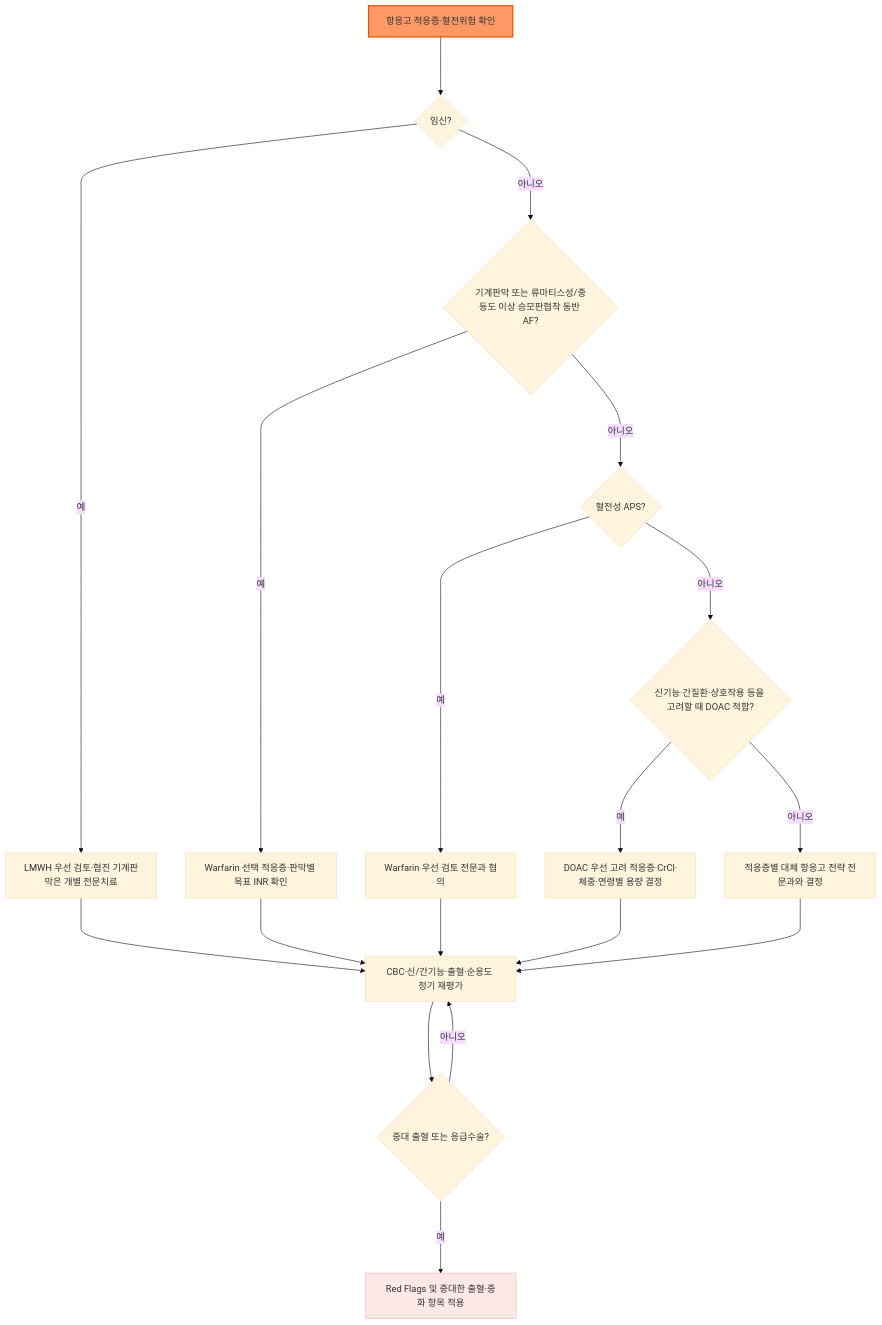
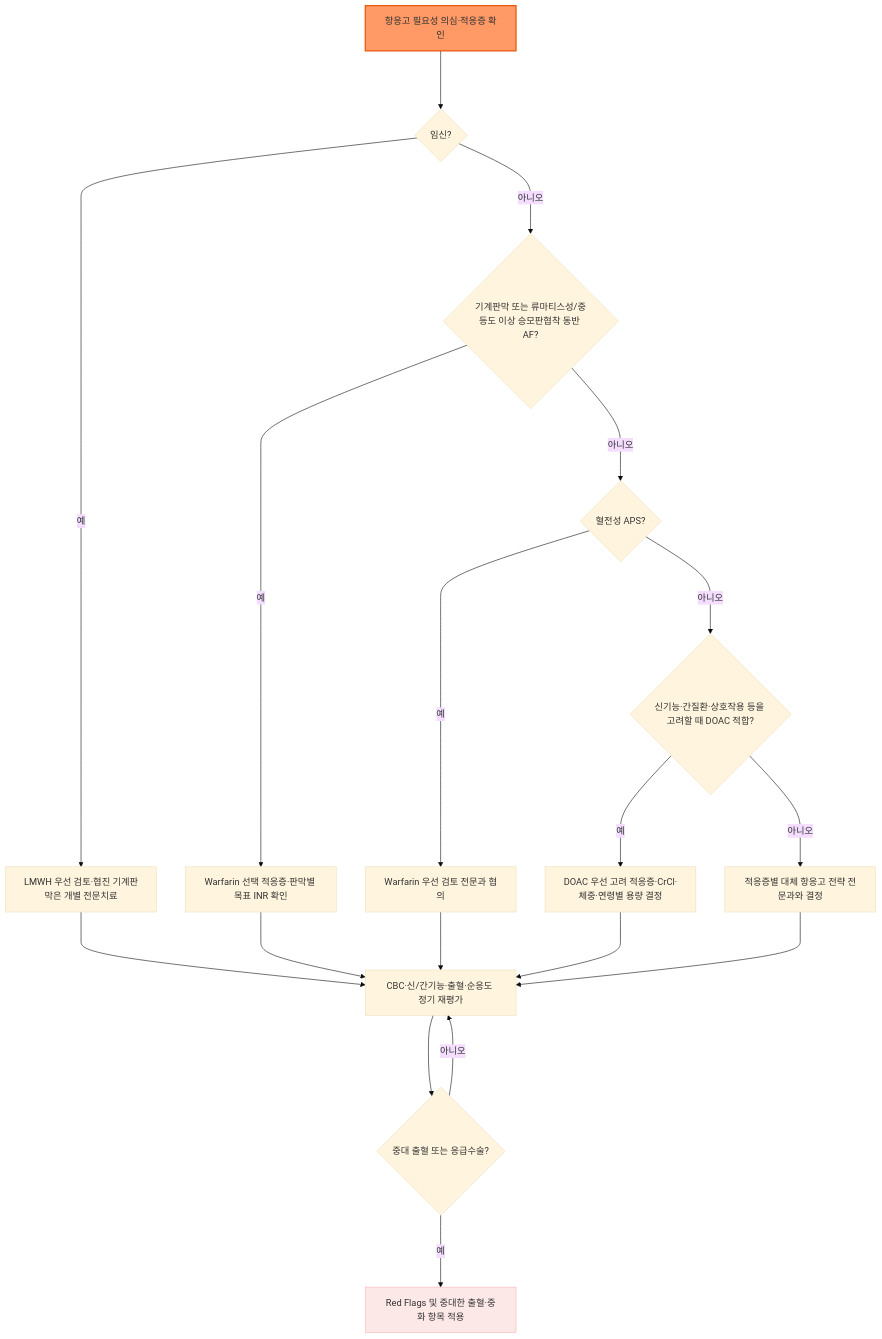
Before and after one commit to familyoh77/familyoh77: the diagram in 231_/214_-anti-thrombotics-anti-coagulants.md, drawn with Mermaid (base theme). The commit also changed other lines of this file and 9 other files, not shown here.

````diff
--- a/231_/214_-anti-thrombotics-anti-coagulants.md
+++ b/231_/214_-anti-thrombotics-anti-coagulants.md
@@ -85,23 +96,23 @@
 ```mermaid
 flowchart TD
-    A["항응고 적응증·혈전위험 확인"] ---> P{"임신?"}
+    A["항응고 필요성 의심·적응증 확인"] ---> P{"임신?"}
     P --->|예| Q["LMWH 우선 검토·협진 기계판막은 개별 전문치료"]
     P --->|아니오| B{"기계판막 또는 류마티스성/중등도 이상 승모판협착 동반 AF?"}
     B --->|예| C["Warfarin 선택 적응증·판막별 목표 INR 확인"]
     B --->|아니오| D{"혈전성 APS?"}
     D --->|예| E["Warfarin 우선 검토 전문과 협의"]
     D --->|아니오| F{"신기능·간질환·상호작용 등을 고려할 때 DOAC 적합?"}
     F --->|예| G["DOAC 우선 고려 적응증·CrCl·체중·연령별 용량 결정"]
     F --->|아니오| K["적응증별 대체 항응고 전략 전문과와 결정"]
     C ---> H["CBC·신/간기능·출혈·순응도 정기 재평가"]
     E ---> H
     Q ---> H
     G ---> H
     K ---> H
     H ---> I{"중대 출혈 또는 응급수술?"}
     I --->|예| J["Red Flags 및 중대한 출혈·중화 항목 적용"]
     I --->|아니오| H
 
     style A fill:#f96,stroke:#e65100,stroke-width:2px
     style J fill:#fde8e8,stroke:#f8b4b4
 ```
````
